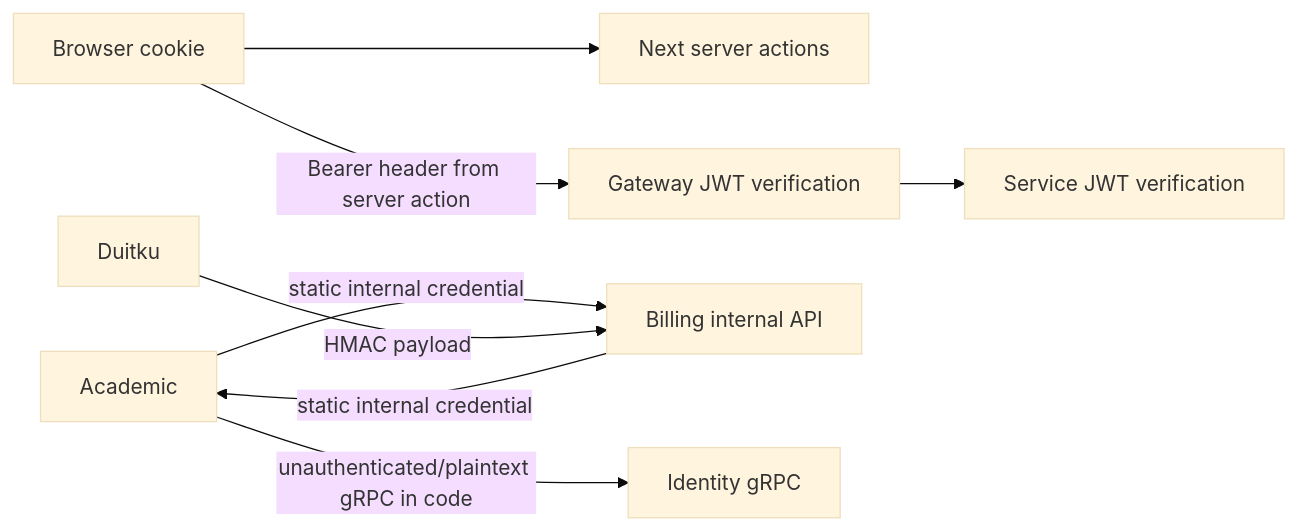
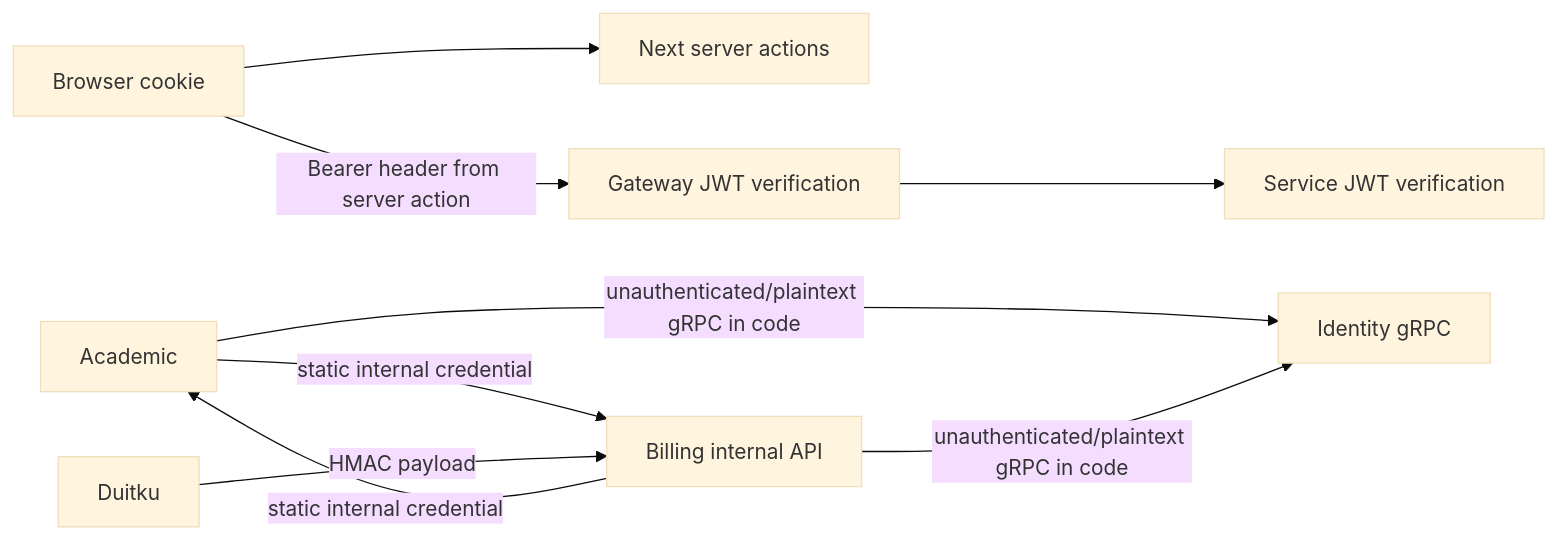
The diagram in docs/05-security.md (kelolakelas/kelolakelas-docs), drawn with Mermaid (base theme) before and after one commit. The commit also changed other lines of this file and 10 other files, not shown here.

````diff
--- a/docs/05-security.md
+++ b/docs/05-security.md
@@ -20,10 +21,11 @@
 ```mermaid
 flowchart LR
   B[Browser cookie] --> W[Next server actions]
   B -->|Bearer header from server action| G[Gateway JWT verification]
   G --> S[Service JWT verification]
   A[Academic] -->|static internal credential| BL[Billing internal API]
   BL -->|static internal credential| A
   P[Duitku] -->|HMAC payload| BL
   A -->|unauthenticated/plaintext gRPC in code| I[Identity gRPC]
+  BL -->|unauthenticated/plaintext gRPC in code| I
 ```
````
